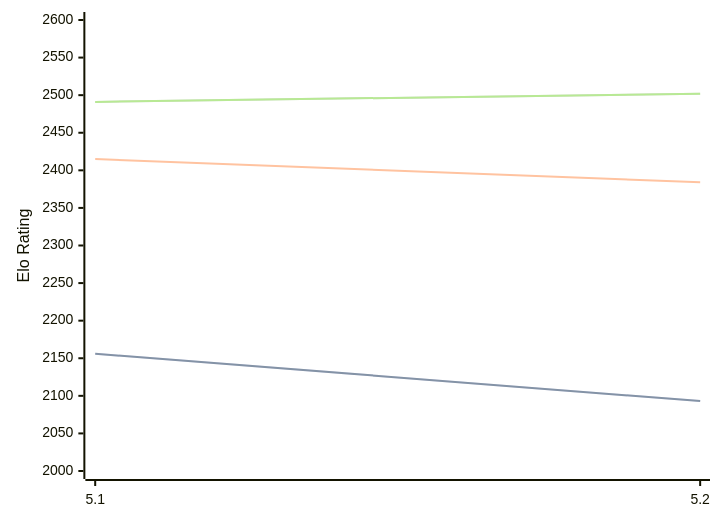
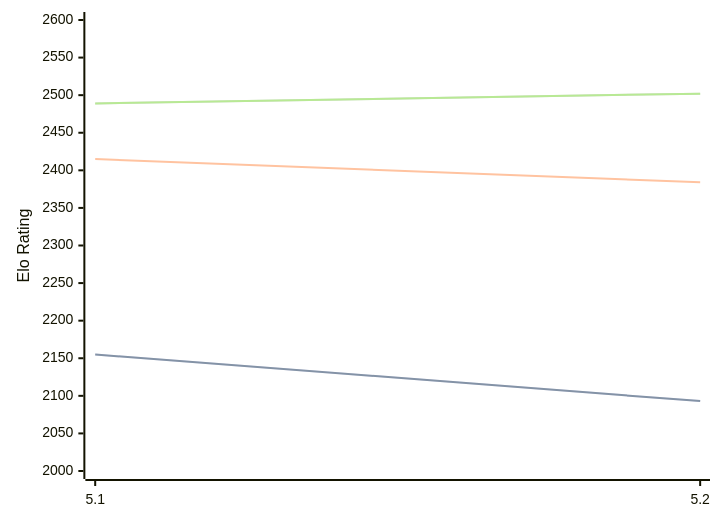
The first of 3 diagrams in engines/Prophet.md (computer-chess-index/cci), drawn with Mermaid before and after one commit. The commit also changed other lines of this file, not shown here.

Commit message:
Update CCI Ratings (ELO VLTC) - 2026-06-17

````diff
--- a/engines/Prophet.md
+++ b/engines/Prophet.md
@@ -38,11 +38,11 @@
 ```mermaid
 %%{init: {"theme":"base","themeVariables":{"seriesColors:['#a3a3a3','#222221','#faa371']}}}%%
 xychart-beta
   x-axis ["5.1", "5.2"]
   y-axis "Elo Rating" 2000 --> 2600
-  line "STC (8.0+0.08s)" [2156, 2093]
-  line "STC (8.0+0.08s)" [2156, 2093]
+  line "STC (8.0+0.08s)" [2155, 2093]
+  line "STC (8.0+0.08s)" [2155, 2093]
   line "LTC (60.0+0.60s)" [2415, 2384]
-  line "VLTC (2m24s+1.12s)" [2491, 2502]
-  line "VLTC (2m24s+1.12s)" [2491, 2502]
+  line "VLTC (2m24s+1.12s)" [2489, 2502]
+  line "VLTC (2m24s+1.12s)" [2489, 2502]
 ```
````
